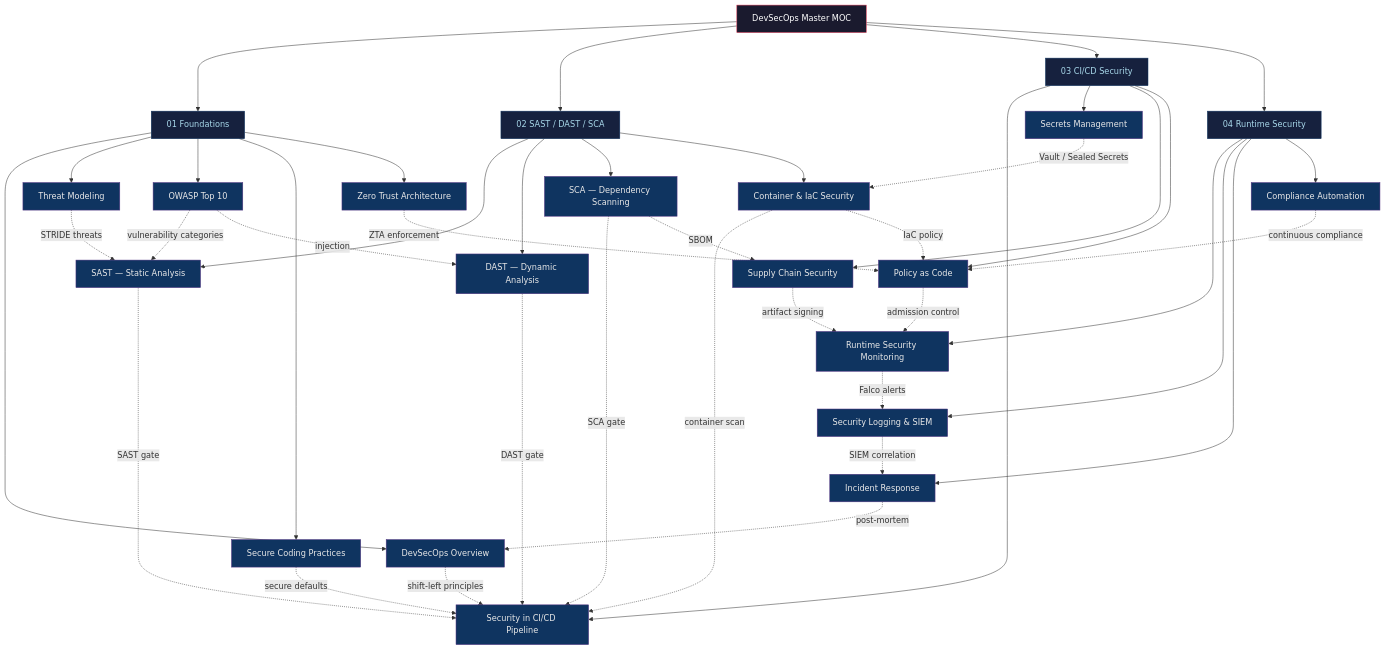
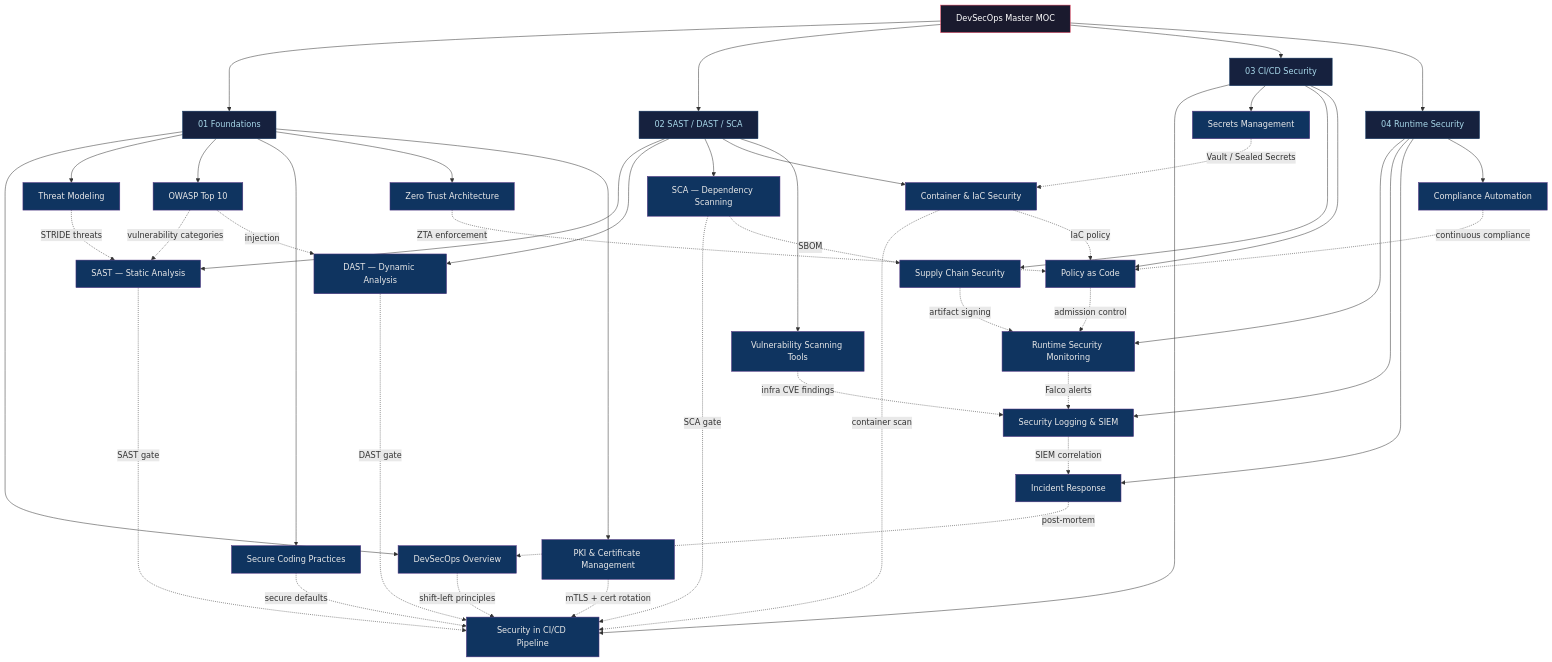
The diagram in DevSecOps/_MOC_DevSecOps_Master.md (karanjain1601/Obsidian-Monday), drawn with Mermaid before and after one commit. The commit also changed other lines of this file and 953 other files, not shown here.

````diff
--- a/DevSecOps/_MOC_DevSecOps_Master.md
+++ b/DevSecOps/_MOC_DevSecOps_Master.md
@@ -19,60 +19,64 @@
 ```mermaid
 graph TD
     MASTER["DevSecOps Master MOC"]:::master
 
     F["01 Foundations"]:::section
     S["02 SAST / DAST / SCA"]:::section
     C["03 CI/CD Security"]:::section
     R["04 Runtime Security"]:::section
 
     F1["DevSecOps Overview"]:::note
     F2["Threat Modeling"]:::note
     F3["OWASP Top 10"]:::note
     F4["Secure Coding Practices"]:::note
     F5["Zero Trust Architecture"]:::note
+    F6["PKI & Certificate Management"]:::note
 
     S1["SAST — Static Analysis"]:::note
     S2["DAST — Dynamic Analysis"]:::note
     S3["SCA — Dependency Scanning"]:::note
     S4["Container & IaC Security"]:::note
+    S5["Vulnerability Scanning Tools"]:::note
 
     C1["Security in CI/CD Pipeline"]:::note
     C2["Secrets Management"]:::note
     C3["Supply Chain Security"]:::note
     C4["Policy as Code"]:::note
 
     R1["Runtime Security Monitoring"]:::note
     R2["Security Logging & SIEM"]:::note
     R3["Incident Response"]:::note
     R4["Compliance Automation"]:::note
 
     MASTER --> F & S & C & R
-    F --> F1 & F2 & F3 & F4 & F5
-    S --> S1 & S2 & S3 & S4
+    F --> F1 & F2 & F3 & F4 & F5 & F6
+    S --> S1 & S2 & S3 & S4 & S5
     C --> C1 & C2 & C3 & C4
     R --> R1 & R2 & R3 & R4
 
     F1 -. shift-left principles .-> C1
     F2 -. STRIDE threats .-> S1
     F3 -. vulnerability categories .-> S1
     F3 -. injection .-> S2
     F4 -. secure defaults .-> C1
     F5 -. ZTA enforcement .-> C4
+    F6 -. mTLS + cert rotation .-> C1
+    S5 -. infra CVE findings .-> R2
     S1 -. SAST gate .-> C1
     S2 -. DAST gate .-> C1
     S3 -. SCA gate .-> C1
     S3 -. SBOM .-> C3
     S4 -. container scan .-> C1
     S4 -. IaC policy .-> C4
     C2 -. Vault / Sealed Secrets .-> S4
     C3 -. artifact signing .-> R1
     C4 -. admission control .-> R1
     R1 -. Falco alerts .-> R2
     R2 -. SIEM correlation .-> R3
     R3 -. post-mortem .-> F1
     R4 -. continuous compliance .-> C4
 
     classDef master fill:#1a1a2e,stroke:#e94560,color:#ffffff
     classDef section fill:#16213e,stroke:#0f3460,color:#a8d8ea
     classDef note fill:#0f3460,stroke:#533483,color:#e8e8e8
 ```
````
